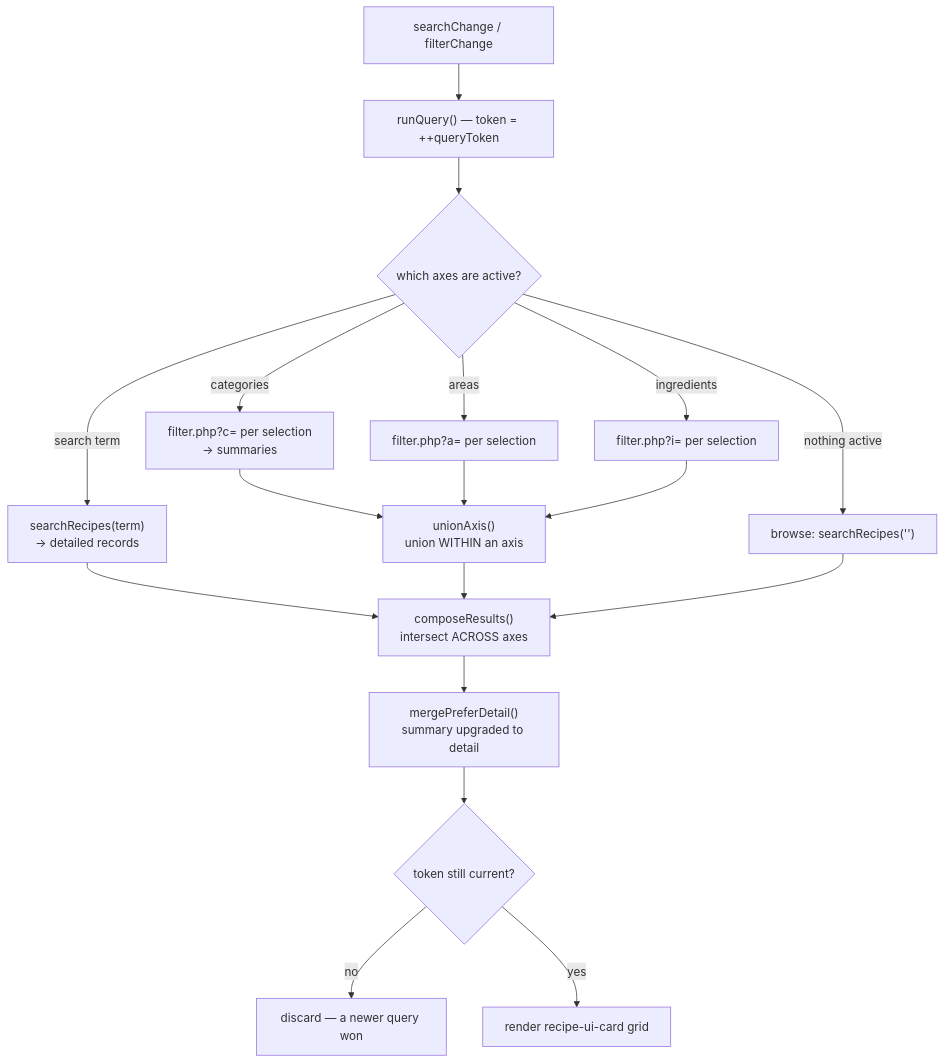
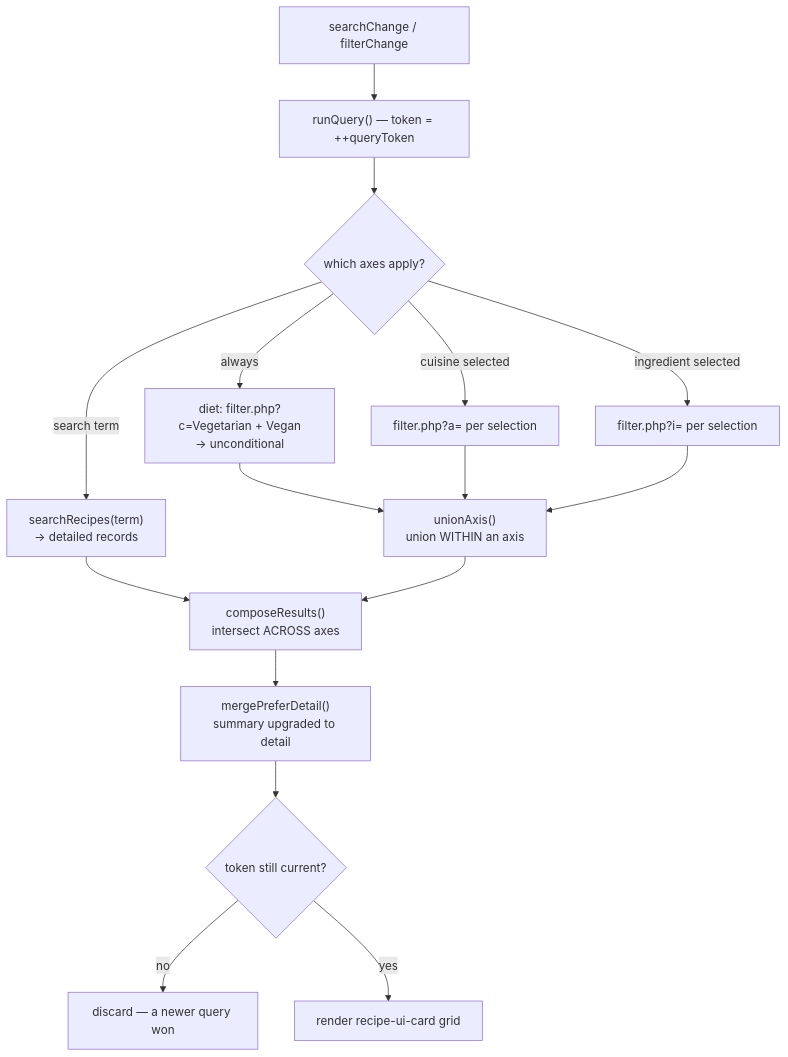
Before and after one commit to srikar2000sundram/assignment_2_NAGP: the fifth of 8 diagrams in docs/architecture.md, drawn with Mermaid. The commit also changed other lines of this file and 12 other files, not shown here.

````diff
--- a/docs/architecture.md
+++ b/docs/architecture.md
@@ -297,17 +294,15 @@
 ```mermaid
 flowchart TD
     A["searchChange / filterChange"] --> B["runQuery() — token = ++queryToken"]
-    B --> C{"which axes are active?"}
+    B --> C{"which axes apply?"}
+    C -->|"always"| V["diet: filter.php?c=Vegetarian + Vegan<br/>→ unconditional"]
     C -->|"search term"| D["searchRecipes(term)<br/>→ detailed records"]
-    C -->|"categories"| E["filter.php?c= per selection<br/>→ summaries"]
-    C -->|"areas"| F["filter.php?a= per selection"]
-    C -->|"ingredients"| G["filter.php?i= per selection"]
-    C -->|"nothing active"| H["browse: searchRecipes('')"]
-    E & F & G --> I["unionAxis()<br/>union WITHIN an axis"]
+    C -->|"cuisine selected"| F["filter.php?a= per selection"]
+    C -->|"ingredient selected"| G["filter.php?i= per selection"]
+    V & F & G --> I["unionAxis()<br/>union WITHIN an axis"]
     D & I --> J["composeResults()<br/>intersect ACROSS axes"]
-    H --> J
     J --> K["mergePreferDetail()<br/>summary upgraded to detail"]
     K --> L{"token still current?"}
     L -->|"no"| M["discard — a newer query won"]
     L -->|"yes"| N["render recipe-ui-card grid"]
 ```
````
